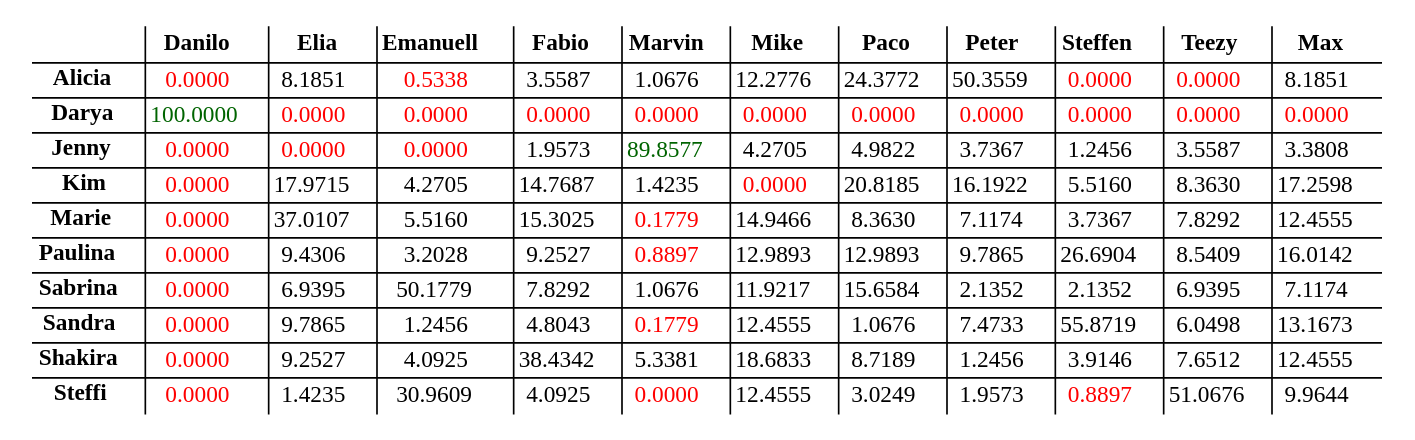
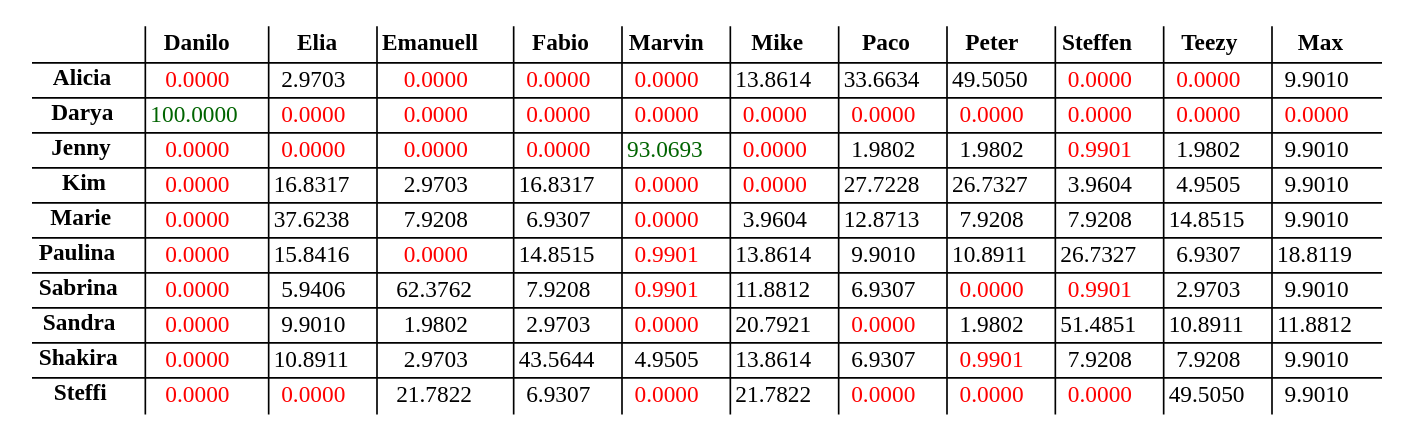
The diagram in s03r/s03r_tab.dot (atticus-sullivan/sim-ayto), drawn with Graphviz before and after one commit. The commit also changed 11 other files, not shown here.

```diff
--- a/s03r/s03r_tab.dot
+++ b/s03r/s03r_tab.dot
@@ -1,158 +1,158 @@
 digraph structs { node[shape=plaintext] struct[label=<
 <table cellspacing="2" border="0" rows="*" columns="*">
 <tr>
 <td></td>
 <td><B>Danilo</B></td>
 <td><B>Elia</B></td>
 <td><B>Emanuell</B></td>
 <td><B>Fabio</B></td>
 <td><B>Marvin</B></td>
 <td><B>Mike</B></td>
 <td><B>Paco</B></td>
 <td><B>Peter</B></td>
 <td><B>Steffen</B></td>
 <td><B>Teezy</B></td>
 <td><B>Max</B></td>
 </tr>
 <tr>
 <td><B>Alicia</B></td>
 <td><font color="red">0.0000</font></td>
-<td><font color="black">8.1851</font></td>
-<td><font color="red">0.5338</font></td>
-<td><font color="black">3.5587</font></td>
-<td><font color="black">1.0676</font></td>
-<td><font color="black">12.2776</font></td>
-<td><font color="black">24.3772</font></td>
-<td><font color="black">50.3559</font></td>
+<td><font color="black">2.9703</font></td>
 <td><font color="red">0.0000</font></td>
 <td><font color="red">0.0000</font></td>
-<td><font color="black">8.1851</font></td>
+<td><font color="red">0.0000</font></td>
+<td><font color="black">13.8614</font></td>
+<td><font color="black">33.6634</font></td>
+<td><font color="black">49.5050</font></td>
+<td><font color="red">0.0000</font></td>
+<td><font color="red">0.0000</font></td>
+<td><font color="black">9.9010</font></td>
 </tr>
 <tr>
 <td><B>Darya</B></td>
 <td><font color="darkgreen">100.0000</font></td>
 <td><font color="red">0.0000</font></td>
 <td><font color="red">0.0000</font></td>
 <td><font color="red">0.0000</font></td>
 <td><font color="red">0.0000</font></td>
 <td><font color="red">0.0000</font></td>
 <td><font color="red">0.0000</font></td>
 <td><font color="red">0.0000</font></td>
 <td><font color="red">0.0000</font></td>
 <td><font color="red">0.0000</font></td>
 <td><font color="red">0.0000</font></td>
 </tr>
 <tr>
 <td><B>Jenny</B></td>
 <td><font color="red">0.0000</font></td>
 <td><font color="red">0.0000</font></td>
 <td><font color="red">0.0000</font></td>
-<td><font color="black">1.9573</font></td>
-<td><font color="darkgreen">89.8577</font></td>
-<td><font color="black">4.2705</font></td>
-<td><font color="black">4.9822</font></td>
-<td><font color="black">3.7367</font></td>
-<td><font color="black">1.2456</font></td>
-<td><font color="black">3.5587</font></td>
-<td><font color="black">3.3808</font></td>
+<td><font color="red">0.0000</font></td>
+<td><font color="darkgreen">93.0693</font></td>
+<td><font color="red">0.0000</font></td>
+<td><font color="black">1.9802</font></td>
+<td><font color="black">1.9802</font></td>
+<td><font color="red">0.9901</font></td>
+<td><font color="black">1.9802</font></td>
+<td><font color="black">9.9010</font></td>
 </tr>
 <tr>
 <td><B>Kim</B></td>
 <td><font color="red">0.0000</font></td>
-<td><font color="black">17.9715</font></td>
-<td><font color="black">4.2705</font></td>
-<td><font color="black">14.7687</font></td>
-<td><font color="black">1.4235</font></td>
+<td><font color="black">16.8317</font></td>
+<td><font color="black">2.9703</font></td>
+<td><font color="black">16.8317</font></td>
 <td><font color="red">0.0000</font></td>
-<td><font color="black">20.8185</font></td>
-<td><font color="black">16.1922</font></td>
-<td><font color="black">5.5160</font></td>
-<td><font color="black">8.3630</font></td>
-<td><font color="black">17.2598</font></td>
+<td><font color="red">0.0000</font></td>
+<td><font color="black">27.7228</font></td>
+<td><font color="black">26.7327</font></td>
+<td><font color="black">3.9604</font></td>
+<td><font color="black">4.9505</font></td>
+<td><font color="black">9.9010</font></td>
 </tr>
 <tr>
 <td><B>Marie</B></td>
 <td><font color="red">0.0000</font></td>
-<td><font color="black">37.0107</font></td>
-<td><font color="black">5.5160</font></td>
-<td><font color="black">15.3025</font></td>
-<td><font color="red">0.1779</font></td>
-<td><font color="black">14.9466</font></td>
-<td><font color="black">8.3630</font></td>
-<td><font color="black">7.1174</font></td>
-<td><font color="black">3.7367</font></td>
-<td><font color="black">7.8292</font></td>
-<td><font color="black">12.4555</font></td>
+<td><font color="black">37.6238</font></td>
+<td><font color="black">7.9208</font></td>
+<td><font color="black">6.9307</font></td>
+<td><font color="red">0.0000</font></td>
+<td><font color="black">3.9604</font></td>
+<td><font color="black">12.8713</font></td>
+<td><font color="black">7.9208</font></td>
+<td><font color="black">7.9208</font></td>
+<td><font color="black">14.8515</font></td>
+<td><font color="black">9.9010</font></td>
 </tr>
 <tr>
 <td><B>Paulina</B></td>
 <td><font color="red">0.0000</font></td>
-<td><font color="black">9.4306</font></td>
-<td><font color="black">3.2028</font></td>
-<td><font color="black">9.2527</font></td>
-<td><font color="red">0.8897</font></td>
-<td><font color="black">12.9893</font></td>
-<td><font color="black">12.9893</font></td>
-<td><font color="black">9.7865</font></td>
-<td><font color="black">26.6904</font></td>
-<td><font color="black">8.5409</font></td>
-<td><font color="black">16.0142</font></td>
+<td><font color="black">15.8416</font></td>
+<td><font color="red">0.0000</font></td>
+<td><font color="black">14.8515</font></td>
+<td><font color="red">0.9901</font></td>
+<td><font color="black">13.8614</font></td>
+<td><font color="black">9.9010</font></td>
+<td><font color="black">10.8911</font></td>
+<td><font color="black">26.7327</font></td>
+<td><font color="black">6.9307</font></td>
+<td><font color="black">18.8119</font></td>
 </tr>
 <tr>
 <td><B>Sabrina</B></td>
 <td><font color="red">0.0000</font></td>
-<td><font color="black">6.9395</font></td>
-<td><font color="black">50.1779</font></td>
-<td><font color="black">7.8292</font></td>
-<td><font color="black">1.0676</font></td>
-<td><font color="black">11.9217</font></td>
-<td><font color="black">15.6584</font></td>
-<td><font color="black">2.1352</font></td>
-<td><font color="black">2.1352</font></td>
-<td><font color="black">6.9395</font></td>
-<td><font color="black">7.1174</font></td>
+<td><font color="black">5.9406</font></td>
+<td><font color="black">62.3762</font></td>
+<td><font color="black">7.9208</font></td>
+<td><font color="red">0.9901</font></td>
+<td><font color="black">11.8812</font></td>
+<td><font color="black">6.9307</font></td>
+<td><font color="red">0.0000</font></td>
+<td><font color="red">0.9901</font></td>
+<td><font color="black">2.9703</font></td>
+<td><font color="black">9.9010</font></td>
 </tr>
 <tr>
 <td><B>Sandra</B></td>
 <td><font color="red">0.0000</font></td>
-<td><font color="black">9.7865</font></td>
-<td><font color="black">1.2456</font></td>
-<td><font color="black">4.8043</font></td>
-<td><font color="red">0.1779</font></td>
-<td><font color="black">12.4555</font></td>
-<td><font color="black">1.0676</font></td>
-<td><font color="black">7.4733</font></td>
-<td><font color="black">55.8719</font></td>
-<td><font color="black">6.0498</font></td>
-<td><font color="black">13.1673</font></td>
+<td><font color="black">9.9010</font></td>
+<td><font color="black">1.9802</font></td>
+<td><font color="black">2.9703</font></td>
+<td><font color="red">0.0000</font></td>
+<td><font color="black">20.7921</font></td>
+<td><font color="red">0.0000</font></td>
+<td><font color="black">1.9802</font></td>
+<td><font color="black">51.4851</font></td>
+<td><font color="black">10.8911</font></td>
+<td><font color="black">11.8812</font></td>
 </tr>
 <tr>
 <td><B>Shakira</B></td>
 <td><font color="red">0.0000</font></td>
-<td><font color="black">9.2527</font></td>
-<td><font color="black">4.0925</font></td>
-<td><font color="black">38.4342</font></td>
-<td><font color="black">5.3381</font></td>
-<td><font color="black">18.6833</font></td>
-<td><font color="black">8.7189</font></td>
-<td><font color="black">1.2456</font></td>
-<td><font color="black">3.9146</font></td>
-<td><font color="black">7.6512</font></td>
-<td><font color="black">12.4555</font></td>
+<td><font color="black">10.8911</font></td>
+<td><font color="black">2.9703</font></td>
+<td><font color="black">43.5644</font></td>
+<td><font color="black">4.9505</font></td>
+<td><font color="black">13.8614</font></td>
+<td><font color="black">6.9307</font></td>
+<td><font color="red">0.9901</font></td>
+<td><font color="black">7.9208</font></td>
+<td><font color="black">7.9208</font></td>
+<td><font color="black">9.9010</font></td>
 </tr>
 <tr>
 <td><B>Steffi</B></td>
 <td><font color="red">0.0000</font></td>
-<td><font color="black">1.4235</font></td>
-<td><font color="black">30.9609</font></td>
-<td><font color="black">4.0925</font></td>
 <td><font color="red">0.0000</font></td>
-<td><font color="black">12.4555</font></td>
-<td><font color="black">3.0249</font></td>
-<td><font color="black">1.9573</font></td>
-<td><font color="red">0.8897</font></td>
-<td><font color="black">51.0676</font></td>
-<td><font color="black">9.9644</font></td>
+<td><font color="black">21.7822</font></td>
+<td><font color="black">6.9307</font></td>
+<td><font color="red">0.0000</font></td>
+<td><font color="black">21.7822</font></td>
+<td><font color="red">0.0000</font></td>
+<td><font color="red">0.0000</font></td>
+<td><font color="red">0.0000</font></td>
+<td><font color="black">49.5050</font></td>
+<td><font color="black">9.9010</font></td>
 </tr>
 </table>
 >];}
```
